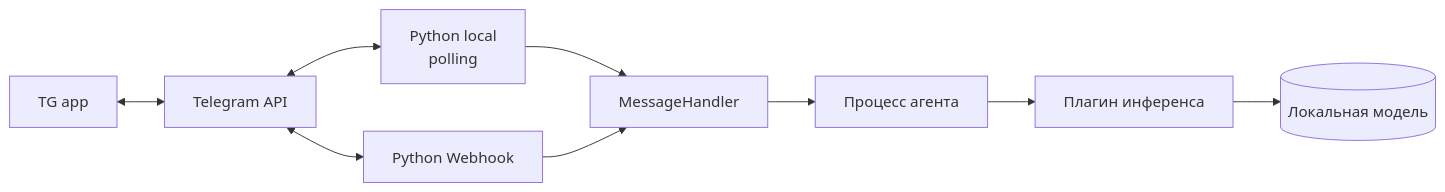
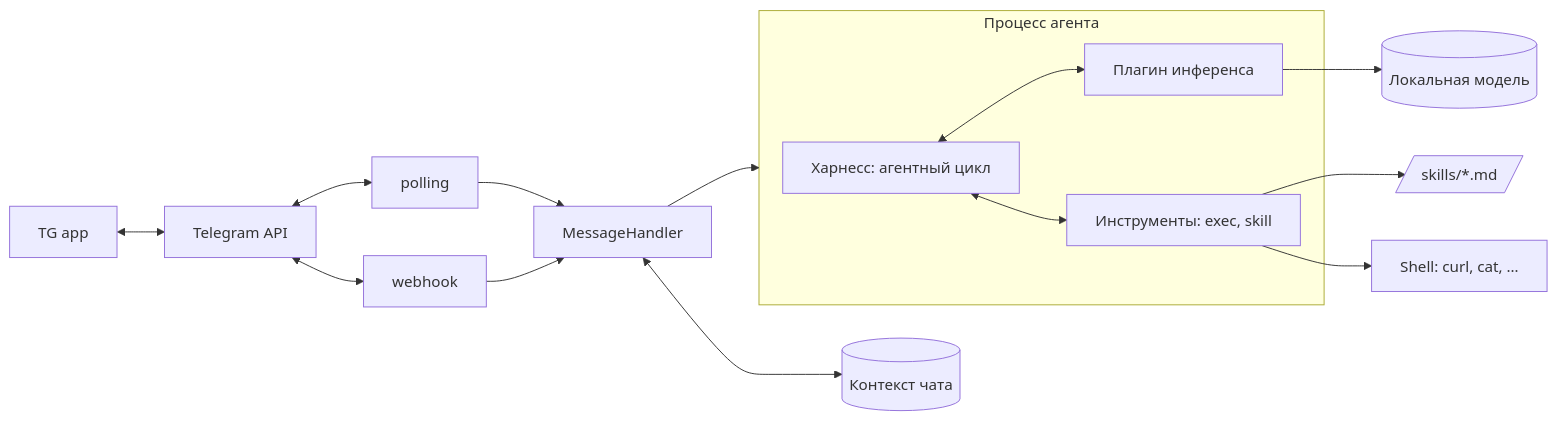
The diagram in README.md (Kirill-Od/larchanka), drawn with Mermaid before and after one commit. The commit also changed other lines of this file and 28 other files, not shown here.

````diff
--- a/README.md
+++ b/README.md
@@ -16,11 +20,18 @@
 ```mermaid
 graph LR
     TG[TG app] <--> API[Telegram API]
-    API <--> P[Python local<br/>polling]
-    API <--> W[Python Webhook]
+    API <--> P[polling]
+    API <--> W[webhook]
     P --> H[MessageHandler]
     W --> H
+    H <--> C[(Контекст чата)]
     H --> A[Процесс агента]
-    A --> PL[Плагин инференса]
+    subgraph A[Процесс агента]
+        HR[Харнесс: агентный цикл]
+        HR <--> PL[Плагин инференса]
+        HR <--> T[Инструменты: exec, skill]
+    end
     PL --> M[(Локальная модель)]
+    T --> S[/skills/*.md/]
+    T --> OS[Shell: curl, cat, …]
 ```
````
